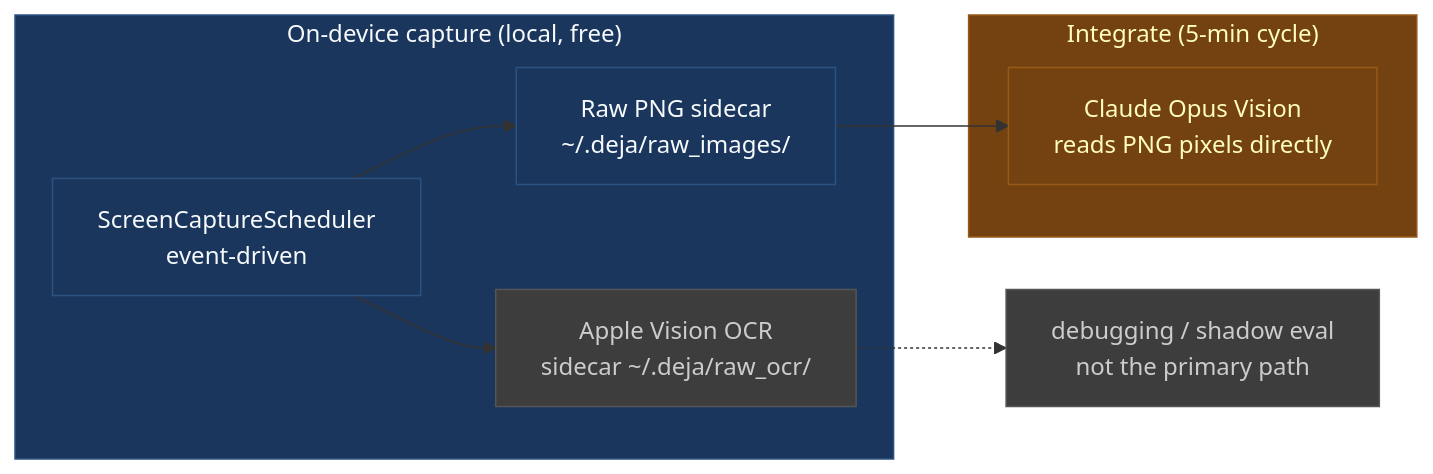
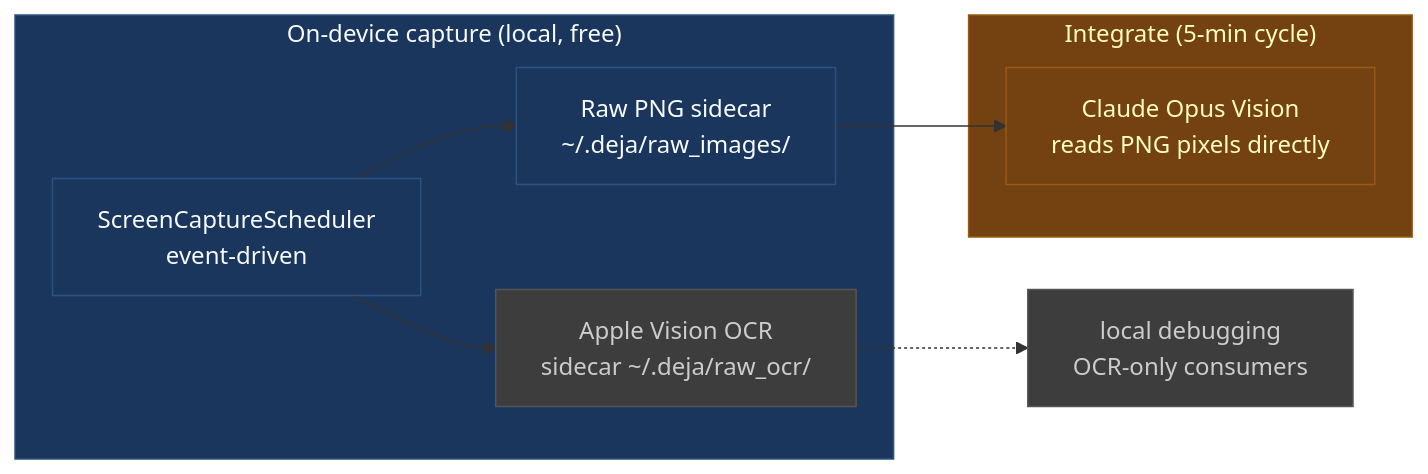
One commit to dwurtz/lighthouse changed the second of 3 diagrams in docs-site/docs/signals.md. Above: the diagram before and after it, drawn with Mermaid. The commit also changed other lines of this file and 34 other files, not shown here.

````diff
--- a/docs-site/docs/signals.md
+++ b/docs-site/docs/signals.md
@@ -98,27 +98,27 @@
 ```mermaid
 flowchart LR
     subgraph Capture["On-device capture (local, free)"]
         Cap[ScreenCaptureScheduler<br/>event-driven]
         PNG[Raw PNG sidecar<br/>~/.deja/raw_images/]
         OCR[Apple Vision OCR<br/>sidecar ~/.deja/raw_ocr/]
     end
 
     subgraph Integrate["Integrate (5-min cycle)"]
         Claude[Claude Opus Vision<br/>reads PNG pixels directly]
     end
 
     Cap --> PNG
     Cap --> OCR
     PNG --> Claude
-    OCR -.-> Debug[debugging / shadow eval<br/>not the primary path]
+    OCR -.-> Debug[local debugging<br/>OCR-only consumers]
 
     classDef source  fill:#1a365d,stroke:#2c5282,color:#f7fafc
     classDef wiki    fill:#22543d,stroke:#2f855a,color:#f7fafc
     classDef process fill:#744210,stroke:#975a16,color:#fefcbf
     classDef cos     fill:#975a16,stroke:#d69e2e,color:#fefcbf
     classDef aside   fill:#3d3d3d,stroke:#555,color:#ccc
     class Capture,Cap,PNG source
     class OCR aside
     class Integrate,Claude process
     class Debug aside
 ```
````
